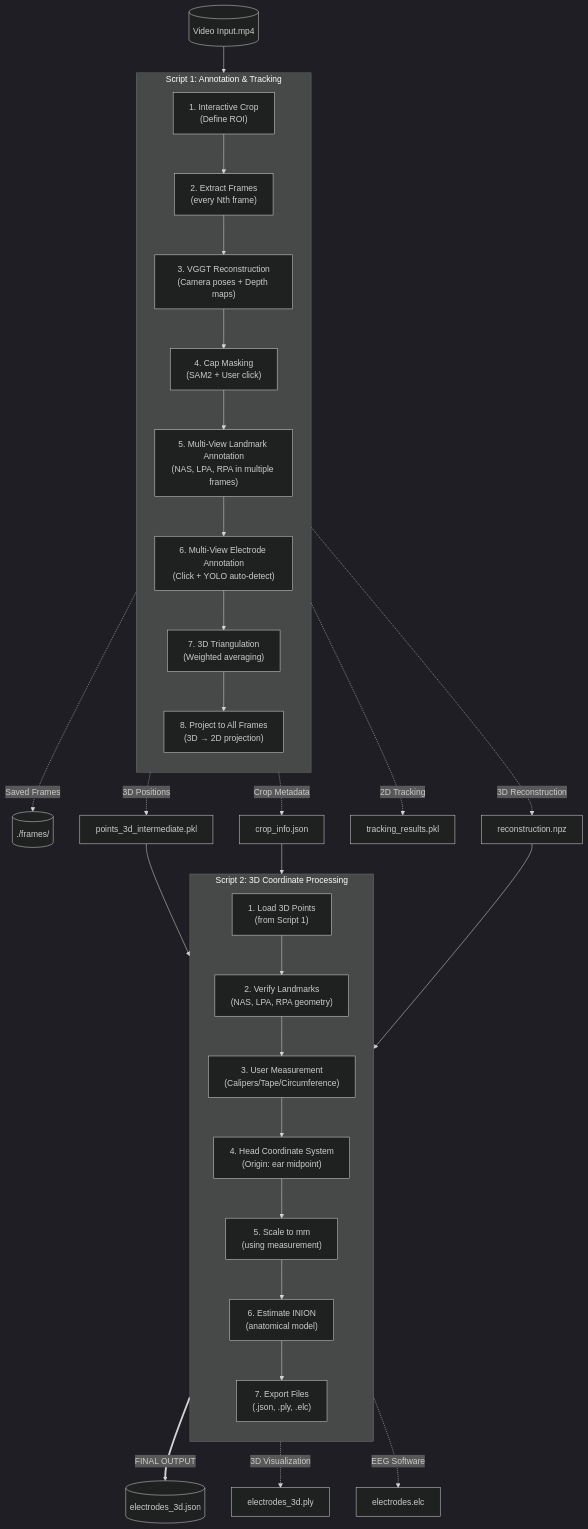
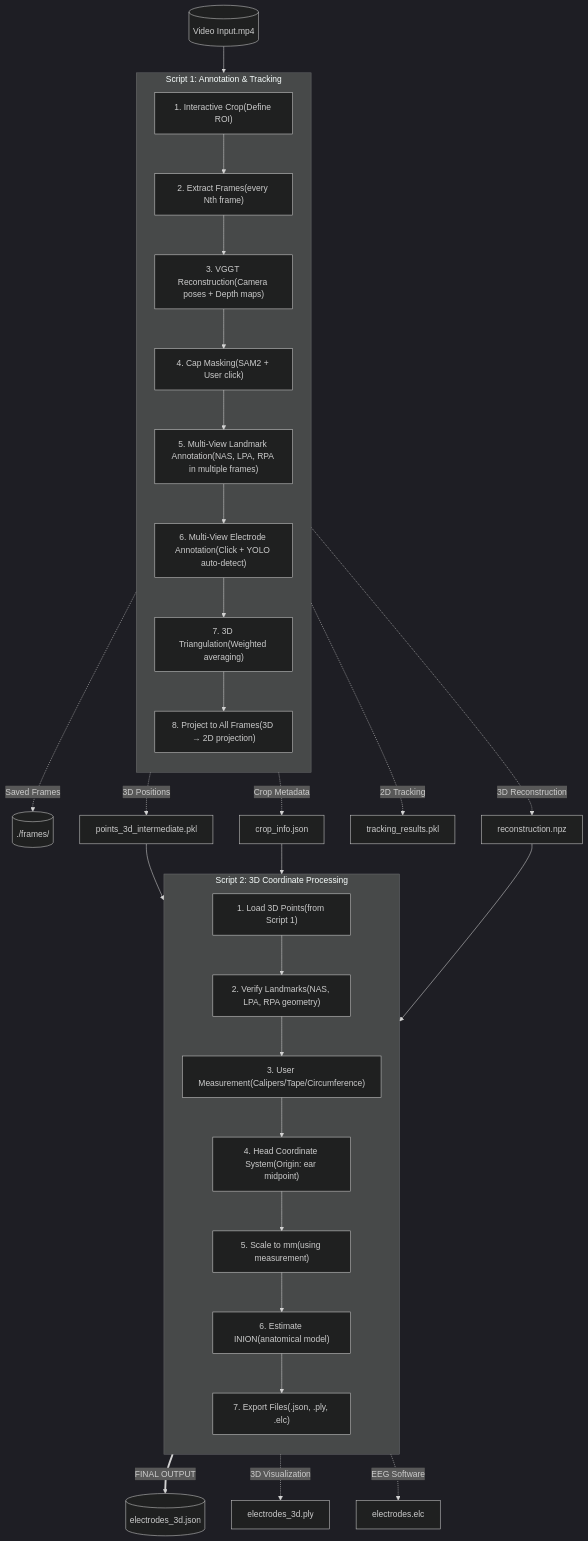
One commit to evrim06/video-eeg-electrode-registration changed the first of 2 diagrams in README.md. Above: the diagram before and after it, drawn with Mermaid (dark theme). The commit also changed other lines of this file and 3 other files, not shown here.

````diff
--- a/README.md
+++ b/README.md
@@ -29,68 +29,63 @@
 ```mermaid
 flowchart TD
     %% Global Inputs
     Video[("Video Input.mp4")]
 
-    %% ==========================================
-    %% SCRIPT 1: ANNOTATION & TRACKING
-    %% ==========================================
     subgraph Script1 ["Script 1: Annotation & Tracking"]
         direction TB
-        Crop["1. Interactive Crop\n(Define ROI)"]
-        Extract["2. Extract Frames\n(every Nth frame)"]
-        VGGT["3. VGGT Reconstruction\n(Camera poses + Depth maps)"]
-        Cap["4. Cap Masking\n(SAM2 + User click)"]
-        Landmarks["5. Multi-View Landmark Annotation\n(NAS, LPA, RPA in multiple frames)"]
-        Electrodes["6. Multi-View Electrode Annotation\n(Click + YOLO auto-detect)"]
-        Triangulate["7. 3D Triangulation\n(Weighted averaging)"]
-        Project["8. Project to All Frames\n(3D → 2D projection)"]
+        Crop["1. Interactive Crop<br\>(Define ROI)"]
+        Extract["2. Extract Frames<br\>(every Nth frame)"]
+        VGGT["3. VGGT Reconstruction<br\>(Camera poses + Depth maps)"]
+        Cap["4. Cap Masking<br\>(SAM2 + User click)"]
+        Landmarks["5. Multi-View Landmark Annotation<br\>(NAS, LPA, RPA in multiple frames)"]
+        Electrodes["6. Multi-View Electrode Annotation<br\>(Click + YOLO auto-detect)"]
+        Triangulate["7. 3D Triangulation<br\>(Weighted averaging)"]
+        Project["8. Project to All Frames<br\>(3D → 2D projection)"]
         
         Crop --> Extract
         Extract --> VGGT
         VGGT --> Cap
         Cap --> Landmarks
         Landmarks --> Electrodes
         Electrodes --> Triangulate
         Triangulate --> Project
     end
 
     %% Script 1 Outputs
     Video --> Crop
     Extract -.->|"Saved Frames"| FramesDir[("./frames/")]
     Crop -.->|"Crop Metadata"| CropInfo["crop_info.json"]
     VGGT -.->|"3D Reconstruction"| ReconNpz["reconstruction.npz"]
     Project -.->|"2D Tracking"| TrackPkl["tracking_results.pkl"]
     Triangulate -.->|"3D Positions"| Points3D["points_3d_intermediate.pkl"]
 
-    %% ==========================================
-    %% SCRIPT 2: 3D COORDINATE PROCESSING
-    %% ==========================================
+
     subgraph Script2 ["Script 2: 3D Coordinate Processing"]
         direction TB
-        Load3D["1. Load 3D Points\n(from Script 1)"]
-        Verify["2. Verify Landmarks\n(NAS, LPA, RPA geometry)"]
-        Measure["3. User Measurement\n(Calipers/Tape/Circumference)"]
-        HeadCoord["4. Head Coordinate System\n(Origin: ear midpoint)"]
-        Scale["5. Scale to mm\n(using measurement)"]
-        EstInion["6. Estimate INION\n(anatomical model)"]
-        Export["7. Export Files\n(.json, .ply, .elc)"]
+        Load3D["1. Load 3D Points<br\>(from Script 1)"]
+        Verify["2. Verify Landmarks<br\>(NAS, LPA, RPA geometry)"]
+        Measure["3. User Measurement<br\>(Calipers/Tape/Circumference)"]
+        HeadCoord["4. Head Coordinate System<br\>(Origin: ear midpoint)"]
+        Scale["5. Scale to mm<br\>(using measurement)"]
+        EstInion["6. Estimate INION<br\>(anatomical model)"]
+        Export["7. Export Files<br\>(.json, .ply, .elc)"]
         
         Load3D --> Verify
         Verify --> Measure
         Measure --> HeadCoord
         HeadCoord --> Scale
         Scale --> EstInion
         EstInion --> Export
     end
 
     %% Script 2 Data Flow
     Points3D --> Load3D
     CropInfo --> Load3D
     ReconNpz --> Load3D
     
     %% Script 2 Outputs
     Export ==>|"FINAL OUTPUT"| FinalJson[("electrodes_3d.json")]
     Export -.->|"3D Visualization"| FinalPly["electrodes_3d.ply"]
     Export -.->|"EEG Software"| FinalElc["electrodes.elc"]
-
+    
 ```
````
